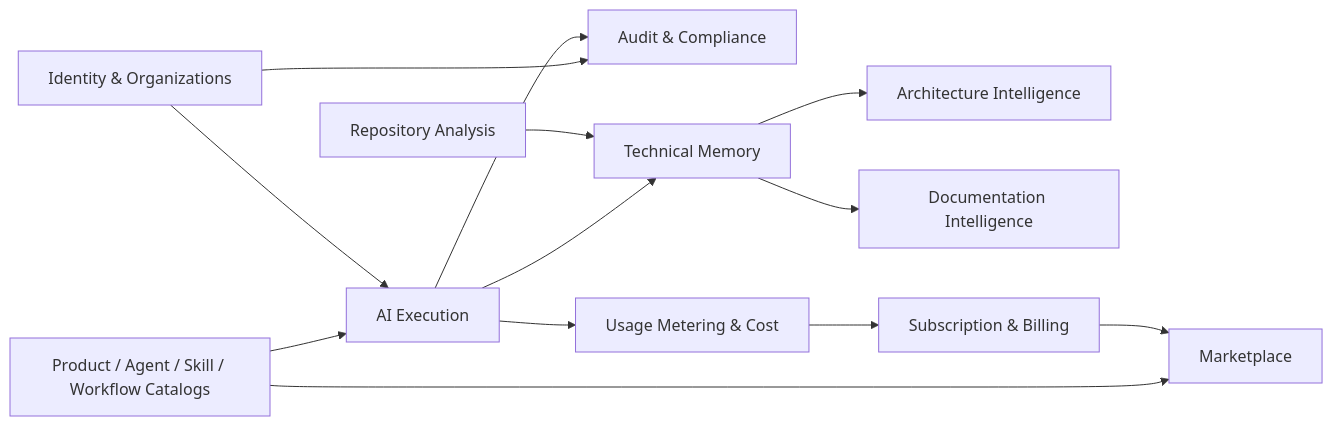
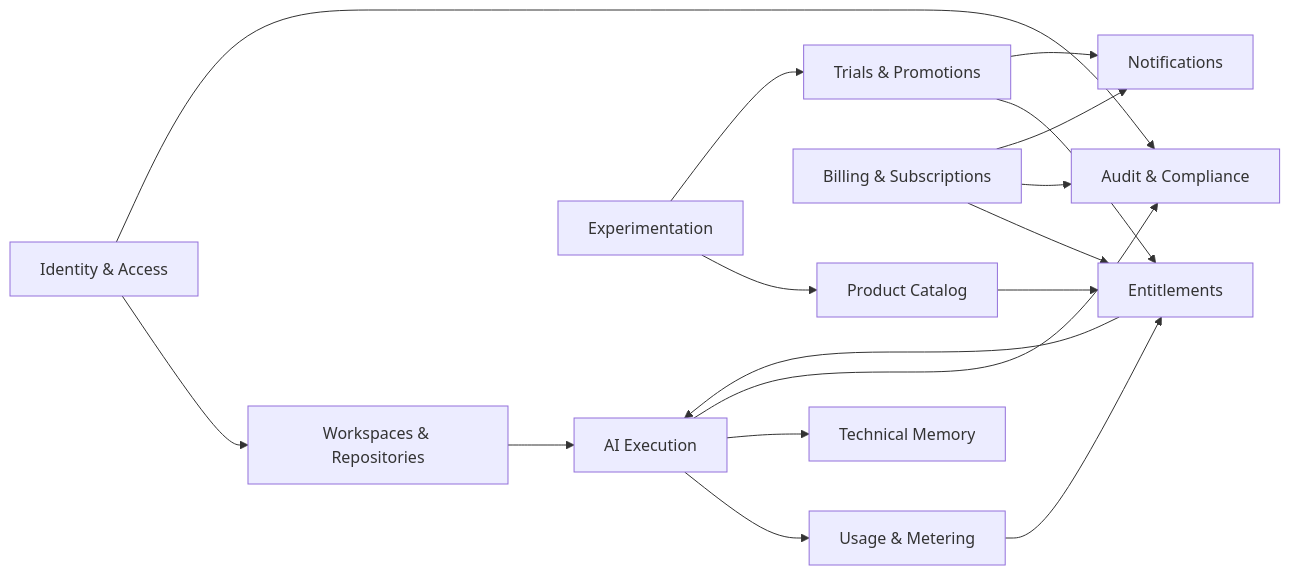
Before and after one commit to anderzilla/amplytrix: the diagram in docs/domain/context-map.md, drawn with Mermaid. The commit also changed other lines of this file and 47 other files, not shown here.

Commit message:
docs(architecture): define commercial platform model

````diff
--- a/docs/domain/context-map.md
+++ b/docs/domain/context-map.md
@@ -3,15 +3,19 @@
 ```mermaid
 flowchart LR
-  IAM["Identity & Organizations"] --> GOV["Audit & Compliance"]
-  CAT["Product / Agent / Skill / Workflow Catalogs"] --> EXEC["AI Execution"]
-  IAM --> EXEC
+  IAM["Identity & Access"] --> WS["Workspaces & Repositories"]
+  CAT["Product Catalog"] --> ENT["Entitlements"]
+  TRIAL["Trials & Promotions"] --> ENT
+  BILL["Billing & Subscriptions"] --> ENT
+  USAGE["Usage & Metering"] --> ENT
+  ENT --> EXEC["AI Execution"]
+  WS --> EXEC
+  EXEC --> USAGE
   EXEC --> MEM["Technical Memory"]
-  MEM --> ARCH["Architecture Intelligence"]
-  MEM --> DOC["Documentation Intelligence"]
-  REPO["Repository Analysis"] --> MEM
-  EXEC --> USAGE["Usage Metering & Cost"]
-  USAGE --> BILL["Subscription & Billing"]
-  CAT --> MARKET["Marketplace"]
-  BILL --> MARKET
-  EXEC --> GOV
+  IAM --> AUDIT["Audit & Compliance"]
+  BILL --> AUDIT
+  EXEC --> AUDIT
+  BILL --> NOTIFY["Notifications"]
+  TRIAL --> NOTIFY
+  EXP["Experimentation"] --> CAT
+  EXP --> TRIAL
 ```
````
